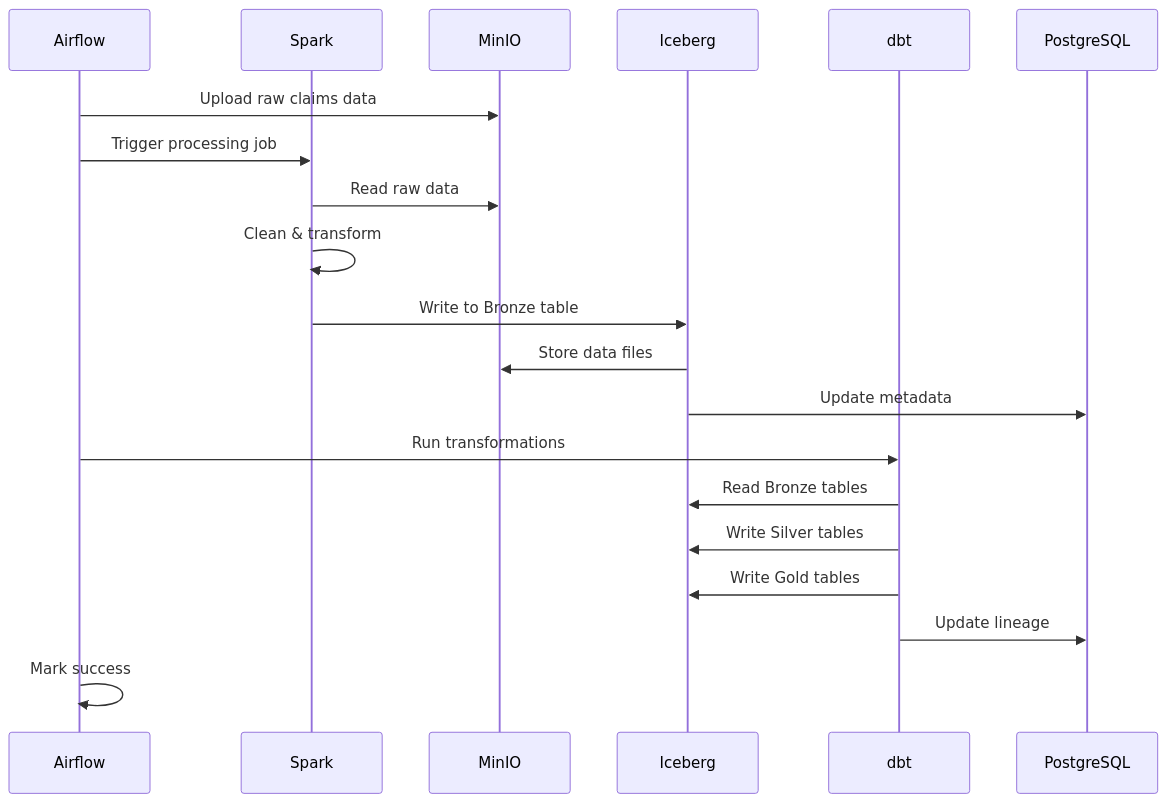
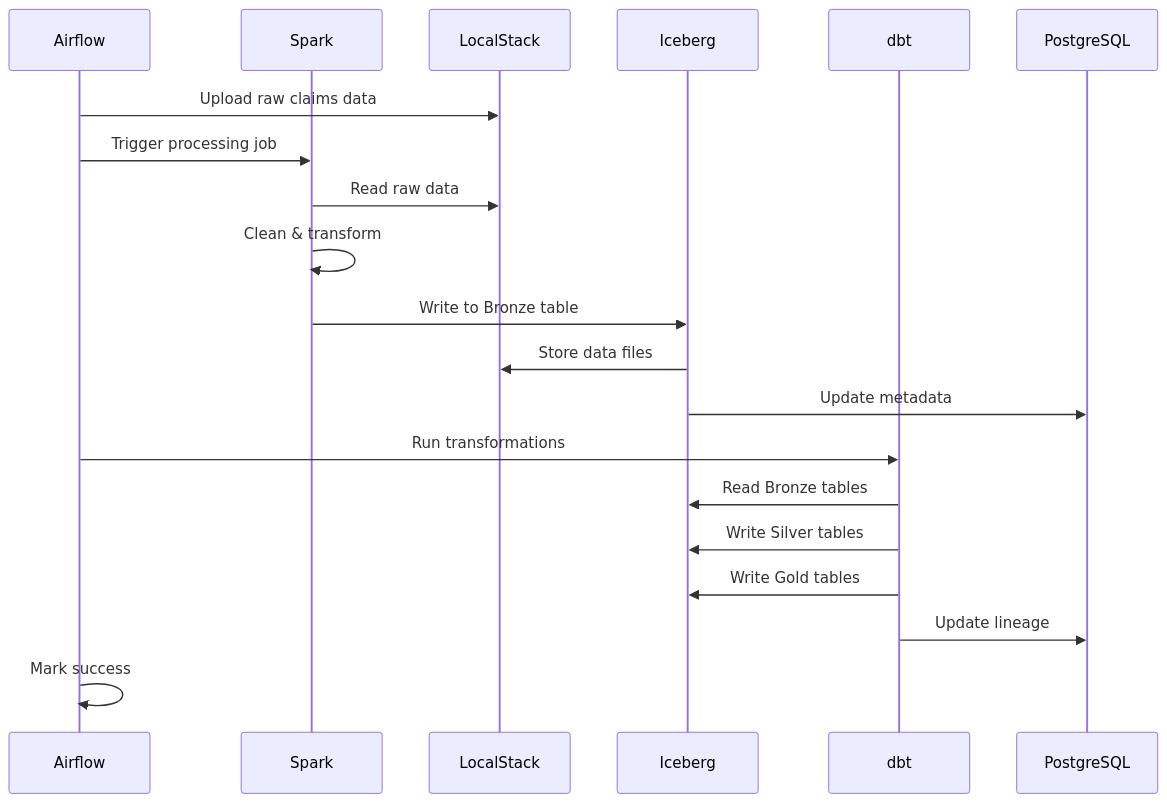
One commit to zmadni/medflow-analytics changed the seventh of 12 diagrams in ARCHITECTURE.md. Above: the diagram before and after it, drawn with Mermaid. The commit also changed other lines of this file and 1 other file, not shown here.

Commit message:
Migrate from MinIO to LocalStack for S3 storage

````diff
--- a/ARCHITECTURE.md
+++ b/ARCHITECTURE.md
@@ -373,23 +370,23 @@
 ```mermaid
 sequenceDiagram
     participant Airflow
     participant Spark
-    participant MinIO
+    participant LocalStack
     participant Iceberg
     participant dbt
     participant PostgreSQL
 
-    Airflow->>MinIO: Upload raw claims data
+    Airflow->>LocalStack: Upload raw claims data
     Airflow->>Spark: Trigger processing job
-    Spark->>MinIO: Read raw data
+    Spark->>LocalStack: Read raw data
     Spark->>Spark: Clean & transform
     Spark->>Iceberg: Write to Bronze table
-    Iceberg->>MinIO: Store data files
+    Iceberg->>LocalStack: Store data files
     Iceberg->>PostgreSQL: Update metadata
     Airflow->>dbt: Run transformations
     dbt->>Iceberg: Read Bronze tables
     dbt->>Iceberg: Write Silver tables
     dbt->>Iceberg: Write Gold tables
     dbt->>PostgreSQL: Update lineage
     Airflow->>Airflow: Mark success
 ```
````
